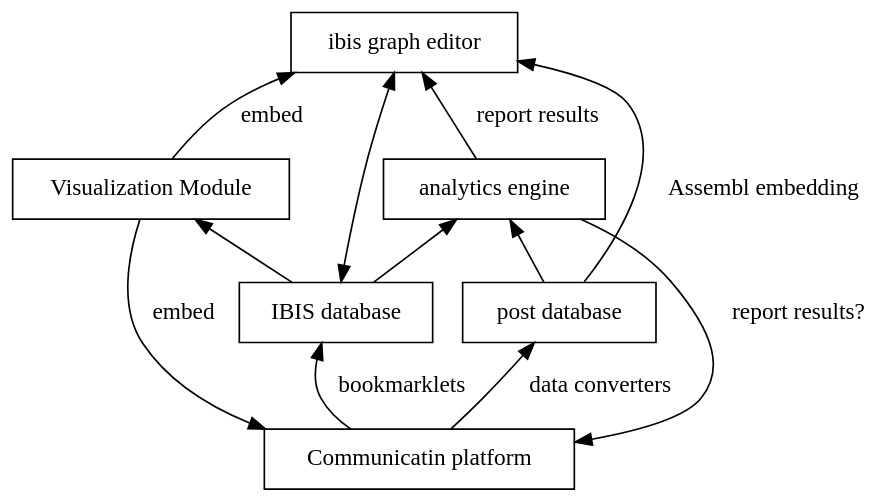
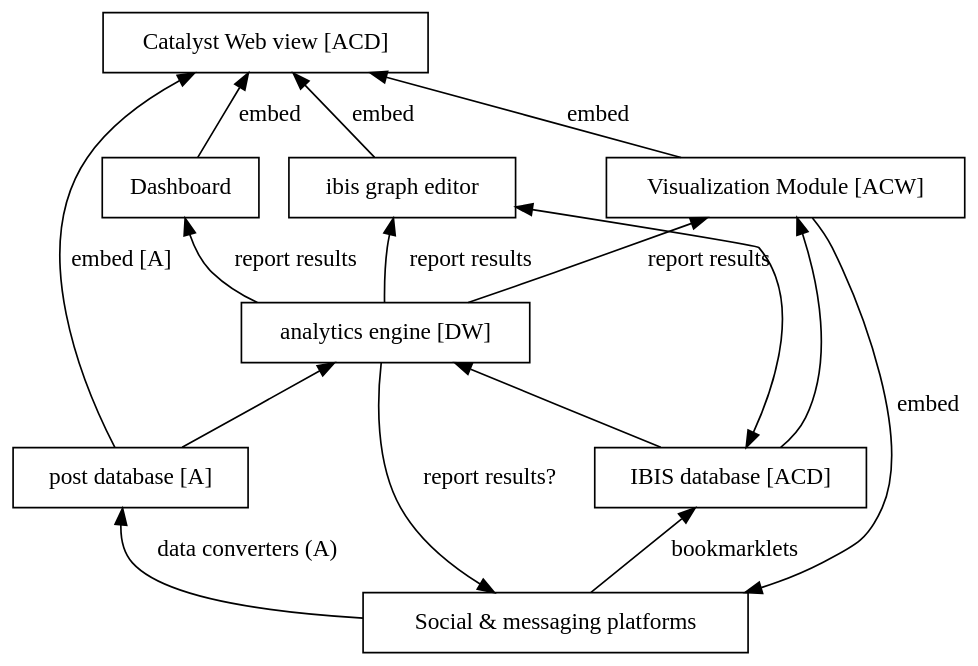
Before and after one commit to catalyst-fp7/documents: the first of 10 diagrams in interoperability/interoperability.md, drawn with Graphviz. The commit also changed other lines of this file and 4 other files, not shown here.

Commit message:
adding back the examples from the presentation. replace the graphviz machinery

````diff
--- a/interoperability/interoperability.md
+++ b/interoperability/interoperability.md
@@ -26,23 +26,29 @@
 ```graphviz
 digraph g {
     graph [bgcolor="transparent", rankdir="BT"] ;
-    node [fillcolor=white, style=filled,  shape=record];
-    comm [label="Communicatin platform"];
-    viz [label="Visualization Module"];
-    ibis [label="IBIS database"];
-    postdb [label="post database"];
-    analytics [label="analytics engine"];
+    node [fillcolor=white, style=filled,  shape=rectangle];
+    comm [label="Social & messaging platforms"];
+    dash [label="Dashboard"];
+    plat [label="Catalyst Web view [ACD]"];
+    viz [label="Visualization Module [ACW]"];
+    ibisdb [label="IBIS database [ACD]"];
+    postdb [label="post database [A]"];
+    analytics [label="analytics engine [DW]"];
     gred [label="ibis graph editor"];
-    comm->ibis [label="bookmarklets"];
-    comm->postdb [label="data converters"];
+    comm->ibisdb [label="bookmarklets"];
+    comm->postdb [label="data converters (A)"];
     viz->comm [label="embed"];
-    viz->gred [label="embed"];
+    gred->plat [label="embed"];
+    viz->plat [label="embed"];
+    dash->plat [label="embed"];
+    analytics->dash [label="report results"];
+    analytics->comm [label="report results?"];
+    analytics->viz [label="report results"];
     analytics->gred [label="report results"];
-    analytics->comm [label="report results?"];
-    ibis->viz;
-    ibis->gred [dir=both];
-    ibis->analytics;
+    ibisdb->viz;
+    ibisdb->gred [dir=both];
+    ibisdb->analytics;
     postdb->analytics;
-    postdb->gred [label="Assembl embedding"];
+    postdb->plat [label="embed [A]"];
 }
 ```
````
